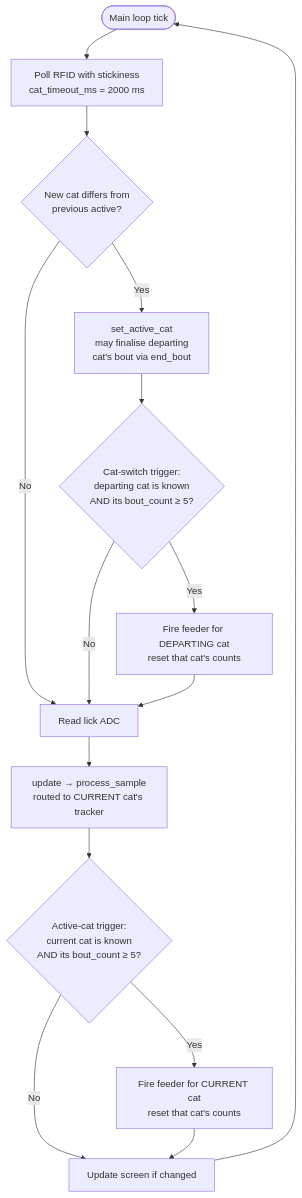
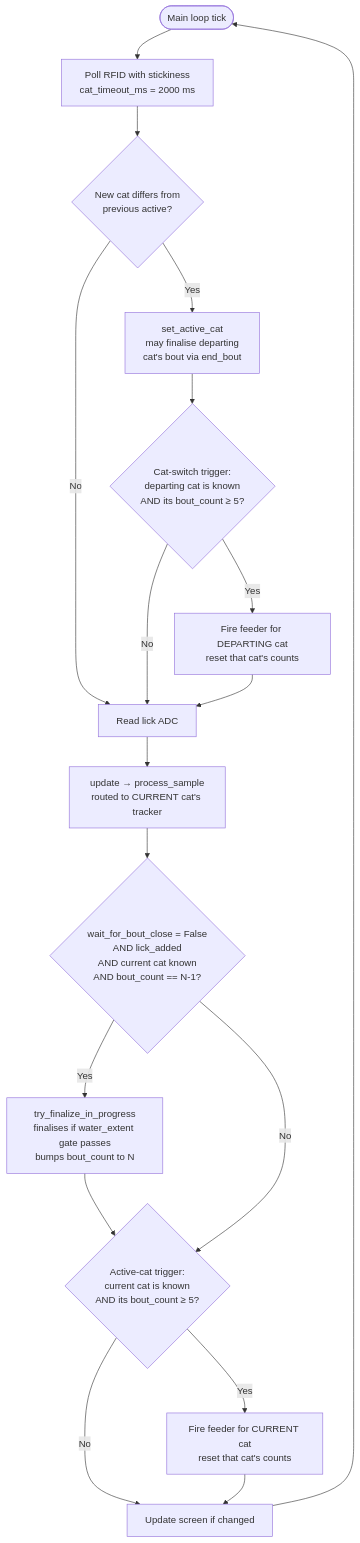
Before and after one commit to dvanderelst/Hydrapurr: the first of 3 diagrams in README.md, drawn with Mermaid. The commit also changed other lines of this file and 5 other files, not shown here.

First line of the commit message:
Add wait_for_bout_close flag: optional mid-bout deployment

````diff
--- a/README.md
+++ b/README.md
@@ -100,17 +110,20 @@
 ```mermaid
 flowchart TD
     Start([Main loop tick]) --> Poll[Poll RFID with stickiness<br/>cat_timeout_ms = 2000 ms]
     Poll --> CatChanged{New cat differs from<br/>previous active?}
     CatChanged -->|No| ReadLick
     CatChanged -->|Yes| SetActive[set_active_cat<br/>may finalise departing<br/>cat's bout via end_bout]
     SetActive --> SwitchDeploy{Cat-switch trigger:<br/>departing cat is known<br/>AND its bout_count ≥ 5?}
     SwitchDeploy -->|Yes| Feed1[Fire feeder for DEPARTING cat<br/>reset that cat's counts]
     SwitchDeploy -->|No| ReadLick
     Feed1 --> ReadLick[Read lick ADC]
     ReadLick --> Process[update → process_sample<br/>routed to CURRENT cat's tracker]
-    Process --> ActiveDeploy{Active-cat trigger:<br/>current cat is known<br/>AND its bout_count ≥ 5?}
+    Process --> EarlyDeploy{wait_for_bout_close = False<br/>AND lick_added<br/>AND current cat known<br/>AND bout_count == N-1?}
+    EarlyDeploy -->|Yes| TryFinalize[try_finalize_in_progress<br/>finalises if water_extent gate passes<br/>bumps bout_count to N]
+    TryFinalize --> ActiveDeploy
+    EarlyDeploy -->|No| ActiveDeploy{Active-cat trigger:<br/>current cat is known<br/>AND its bout_count ≥ 5?}
     ActiveDeploy -->|Yes| Feed2[Fire feeder for CURRENT cat<br/>reset that cat's counts]
     ActiveDeploy -->|No| Screen[Update screen if changed]
     Feed2 --> Screen
     Screen --> Start
 ```
````
